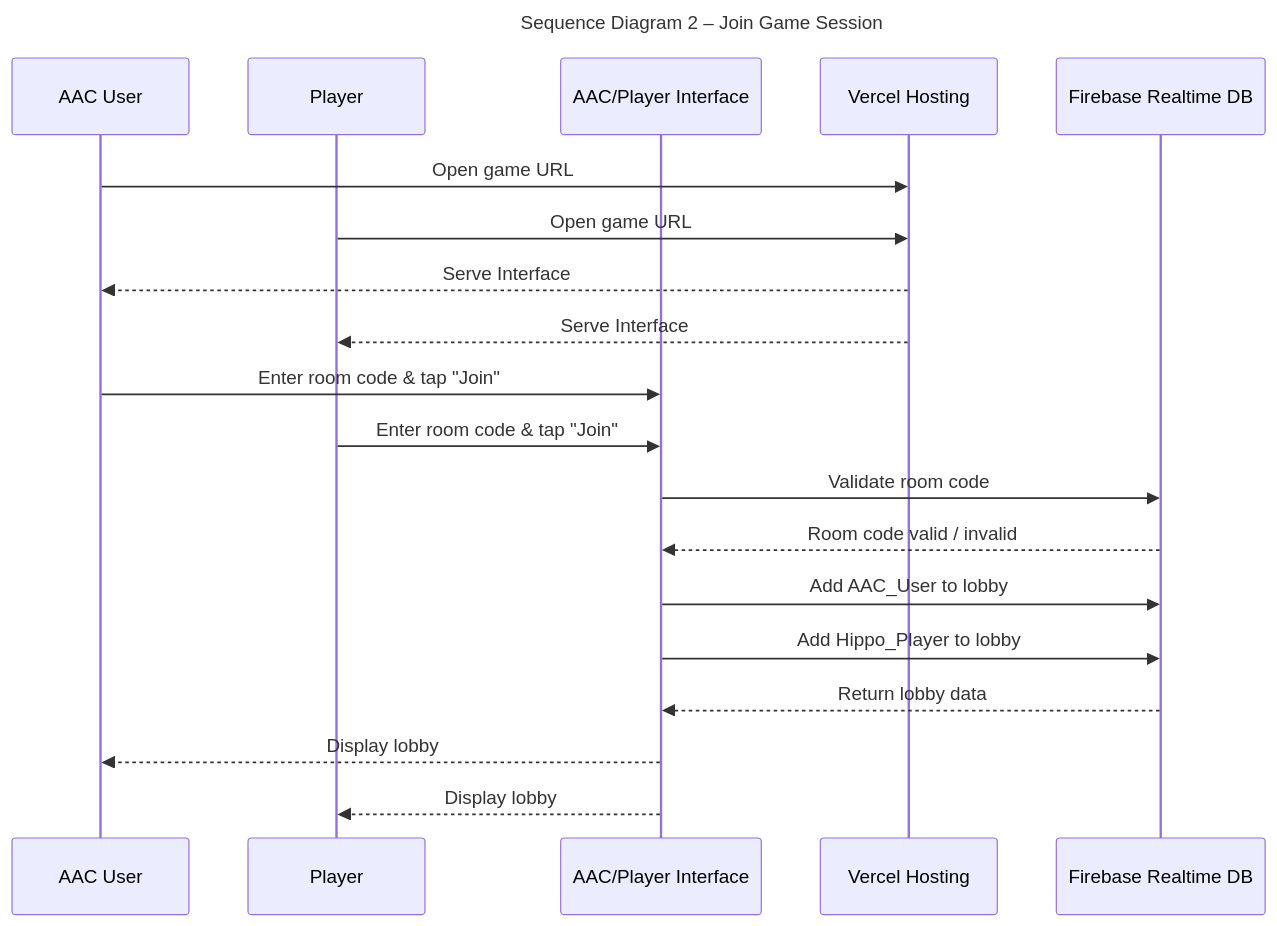
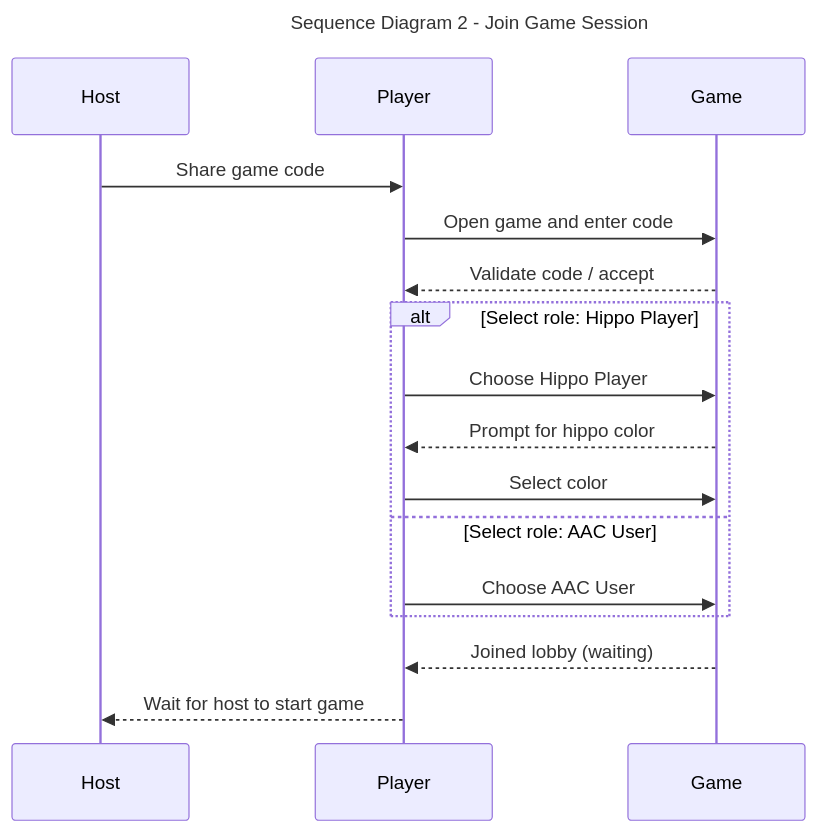
The second of 7 diagrams in documentation/docs/system-architecture/sequence-diagrams.md (tug74295/project-acc-hungry-hippos), drawn with Mermaid before and after one commit. The commit also changed other lines of this file, not shown here.

Commit message:
Update case 2 sd

````diff
--- a/documentation/docs/system-architecture/sequence-diagrams.md
+++ b/documentation/docs/system-architecture/sequence-diagrams.md
@@ -55,32 +55,26 @@
 ```mermaid
 ---
-title: Sequence Diagram 2 – Join Game Session
+title: Sequence Diagram 2 - Join Game Session
 ---
 
 sequenceDiagram
-    participant AAC_User as AAC User
-    participant Hippo_Player as Player
-    participant Interface as AAC/Player Interface
-    participant Vercel as Vercel Hosting
-    participant Firebase as Firebase Realtime DB
+    participant Host
+    participant Player
+    participant Game
 
-    AAC_User->>Vercel: Open game URL
-    Hippo_Player->>Vercel: Open game URL
-    Vercel-->>AAC_User: Serve Interface
-    Vercel-->>Hippo_Player: Serve Interface
+    Host->>Player: Share game code
+    Player->>Game: Open game and enter code
+    Game-->>Player: Validate code / accept
+    alt Select role: Hippo Player
+        Player->>Game: Choose Hippo Player
+        Game-->>Player: Prompt for hippo color
+        Player->>Game: Select color
+    else Select role: AAC User
+        Player->>Game: Choose AAC User
+    end
+    Game-->>Player: Joined lobby (waiting)
+    Player-->>Host: Wait for host to start game
 
-    AAC_User->>Interface: Enter room code & tap "Join"
-    Hippo_Player->>Interface: Enter room code & tap "Join"
-
-    Interface->>Firebase: Validate room code
-    Firebase-->>Interface: Room code valid / invalid
-
-    Interface->>Firebase: Add AAC_User to lobby
-    Interface->>Firebase: Add Hippo_Player to lobby
-
-    Firebase-->>Interface: Return lobby data
-    Interface-->>AAC_User: Display lobby
-    Interface-->>Hippo_Player: Display lobby
 
 
 ```
````
